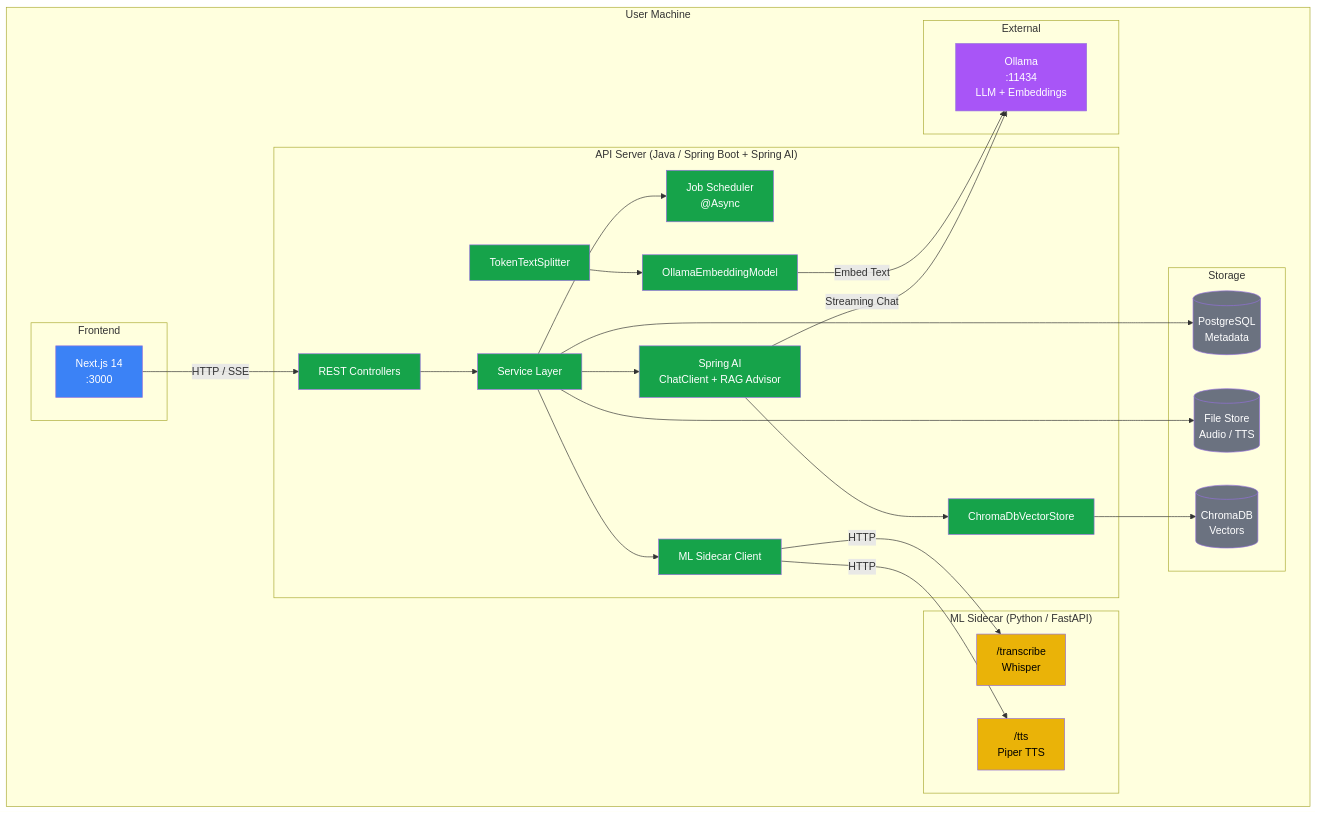
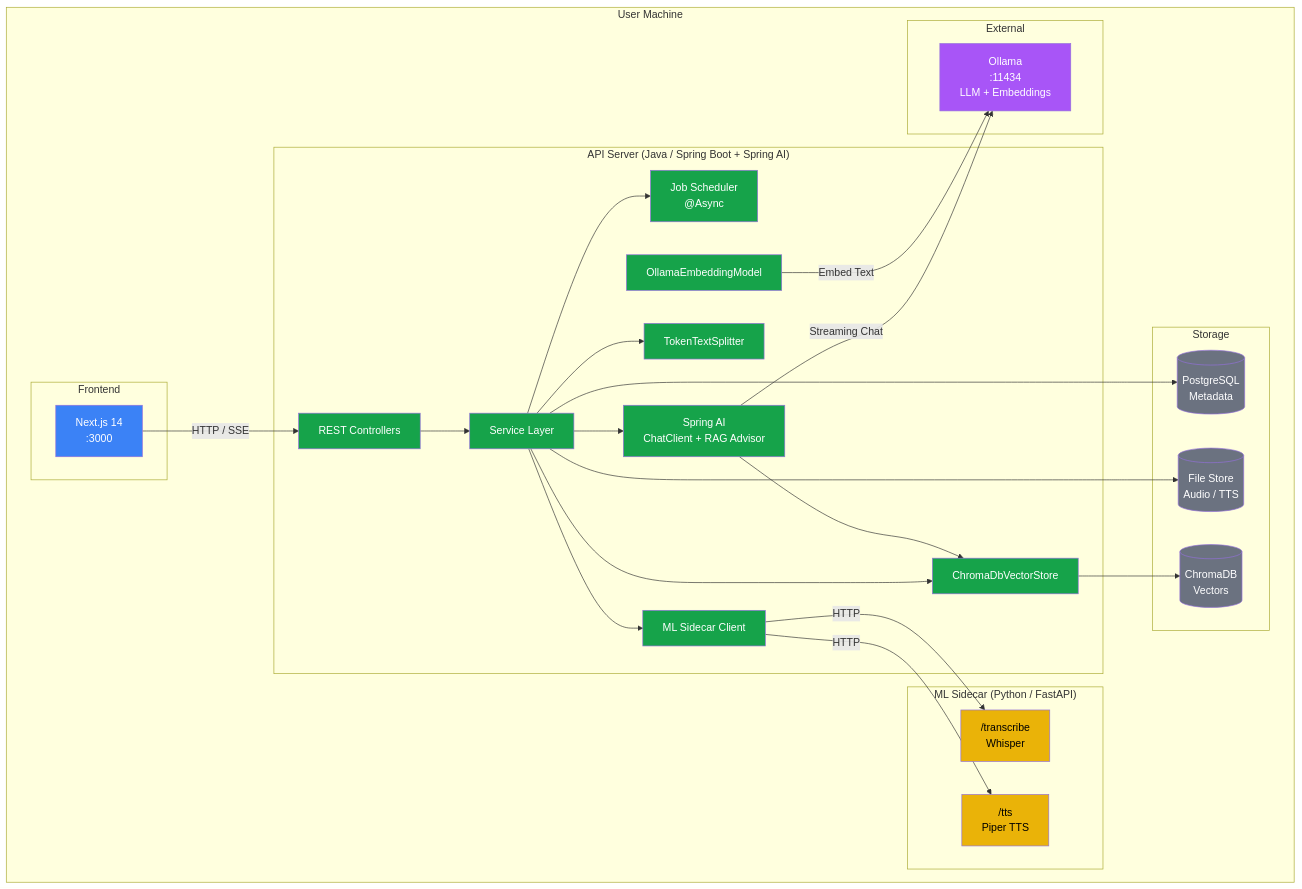
Before and after one commit to jsohi/localloom: the first of 7 diagrams in docs/DIAGRAMS.md, drawn with Mermaid. The commit also changed other lines of this file and 1 other file, not shown here.

First line of the commit message:
Address PR review: fix version consistency and diagram accuracy

````diff
--- a/docs/DIAGRAMS.md
+++ b/docs/DIAGRAMS.md
@@ -7,67 +7,68 @@
 ```mermaid
 graph TB
     subgraph User Machine
         subgraph Frontend
             UI[Next.js 14<br/>:3000]
         end
 
         subgraph API["API Server (Java / Spring Boot + Spring AI)"]
             Controllers[REST Controllers]
             Services[Service Layer]
             Jobs[Job Scheduler<br/>@Async]
             SpringAI[Spring AI<br/>ChatClient + RAG Advisor]
             EmbedModel[OllamaEmbeddingModel]
             VectorStore[ChromaDbVectorStore]
             Chunker[TokenTextSplitter]
             SidecarClient[ML Sidecar Client]
         end
 
         subgraph MLSidecar["ML Sidecar (Python / FastAPI)"]
             Transcribe["/transcribe<br/>Whisper"]
             TTS["/tts<br/>Piper TTS"]
         end
 
         subgraph Storage
             DB[(PostgreSQL<br/>Metadata)]
             Chroma[(ChromaDB<br/>Vectors)]
             Files[(File Store<br/>Audio / TTS)]
         end
 
         subgraph External
             Ollama[Ollama<br/>:11434<br/>LLM + Embeddings]
         end
     end
 
     UI -->|HTTP / SSE| Controllers
     Controllers --> Services
     Services --> Jobs
     Services --> SpringAI
+    Services --> Chunker
+    Services --> VectorStore
     Services --> SidecarClient
     Services --> DB
     Services --> Files
 
     SpringAI -->|Streaming Chat| Ollama
     EmbedModel -->|Embed Text| Ollama
     VectorStore --> Chroma
-    Chunker --> EmbedModel
     SpringAI --> VectorStore
 
     SidecarClient -->|HTTP| Transcribe
     SidecarClient -->|HTTP| TTS
 
     style UI fill:#3b82f6,color:#fff
     style Controllers fill:#16a34a,color:#fff
     style Services fill:#16a34a,color:#fff
     style Jobs fill:#16a34a,color:#fff
     style SpringAI fill:#16a34a,color:#fff
     style EmbedModel fill:#16a34a,color:#fff
     style VectorStore fill:#16a34a,color:#fff
     style Chunker fill:#16a34a,color:#fff
     style SidecarClient fill:#16a34a,color:#fff
     style Transcribe fill:#eab308,color:#000
     style TTS fill:#eab308,color:#000
     style Ollama fill:#a855f7,color:#fff
     style DB fill:#6b7280,color:#fff
     style Chroma fill:#6b7280,color:#fff
     style Files fill:#6b7280,color:#fff
 ```
````
